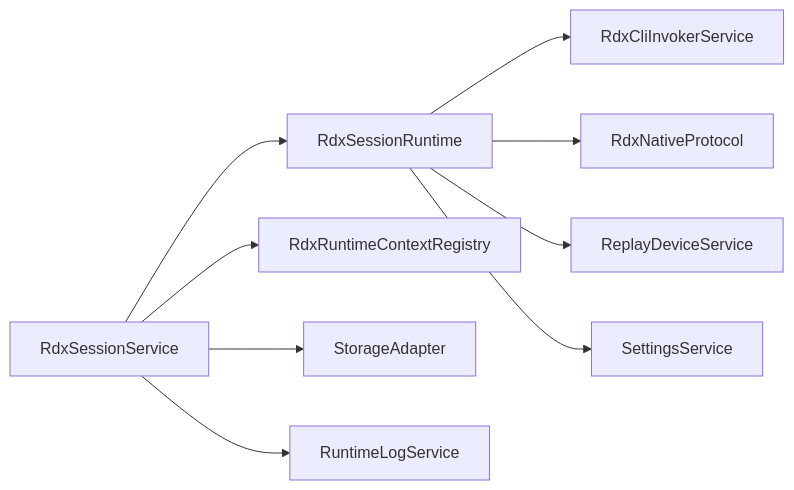
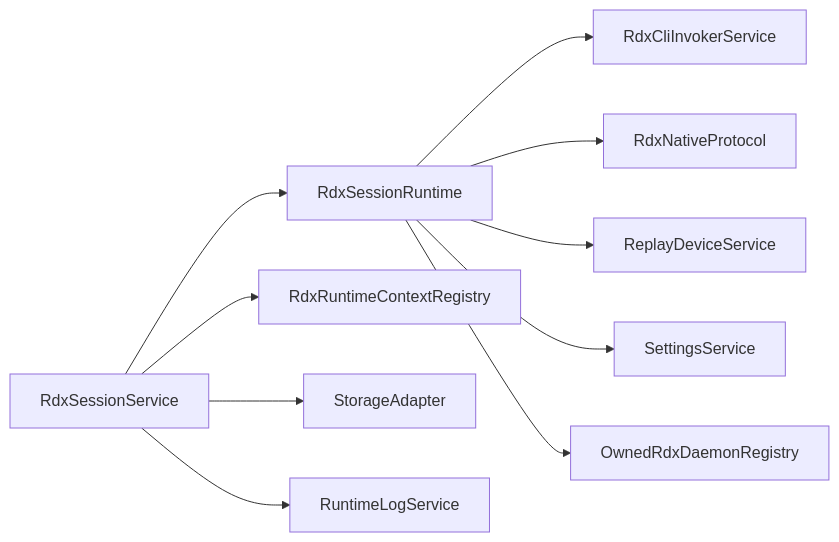
One commit to haolange/RDC-Agent changed the seventh of 7 diagrams in .qoder/repowiki/zh/content/核心模块/会话管理系统/会话生命周期管理.md. Above: the diagram before and after it, drawn with Mermaid. The commit also changed other lines of this file and 28 other files, not shown here.

````diff
--- a/.qoder/repowiki/zh/content/核心模块/会话管理系统/会话生命周期管理.md
+++ b/.qoder/repowiki/zh/content/核心模块/会话管理系统/会话生命周期管理.md
@@ -320,11 +385,12 @@
 ```mermaid
 graph LR
 Svc["RdxSessionService"] --> Runtime["RdxSessionRuntime"]
 Runtime --> CLI["RdxCliInvokerService"]
 Runtime --> Protocol["RdxNativeProtocol"]
 Runtime --> Dev["ReplayDeviceService"]
 Runtime --> Settings["SettingsService"]
+Runtime --> DaemonReg["OwnedRdxDaemonRegistry"]
 Svc --> Ctx["RdxRuntimeContextRegistry"]
 Svc --> Storage["StorageAdapter"]
 Svc --> Log["RuntimeLogService"]
 ```
````
